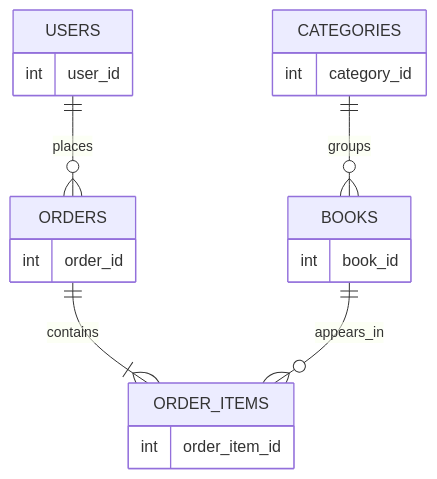
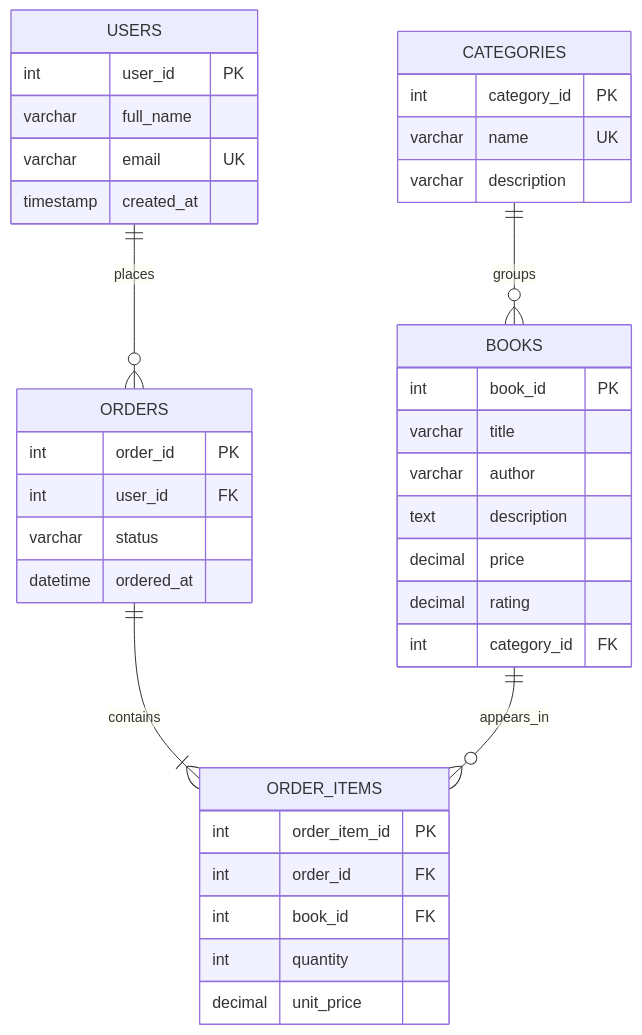
The diagram in docs/ERD.md (lamija02/IT2001-web-programming-2026), drawn with Mermaid before and after one commit. The commit also changed other lines of this file and 12 other files, not shown here.

````diff
--- a/docs/ERD.md
+++ b/docs/ERD.md
@@ -5,23 +5,41 @@
 ```mermaid
 erDiagram
     USERS ||--o{ ORDERS : places
     ORDERS ||--|{ ORDER_ITEMS : contains
     BOOKS ||--o{ ORDER_ITEMS : appears_in
     CATEGORIES ||--o{ BOOKS : groups
 
     USERS {
-        int user_id
+        int user_id PK
+        varchar full_name
+        varchar email UK
+        timestamp created_at
     }
     BOOKS {
-        int book_id
+        int book_id PK
+        varchar title
+        varchar author
+        text description
+        decimal price
+        decimal rating
+        int category_id FK
     }
     CATEGORIES {
-        int category_id
+        int category_id PK
+        varchar name UK
+        varchar description
     }
     ORDERS {
-        int order_id
+        int order_id PK
+        int user_id FK
+        varchar status
+        datetime ordered_at
     }
     ORDER_ITEMS {
-        int order_item_id
+        int order_item_id PK
+        int order_id FK
+        int book_id FK
+        int quantity
+        decimal unit_price
     }
 ```
````
